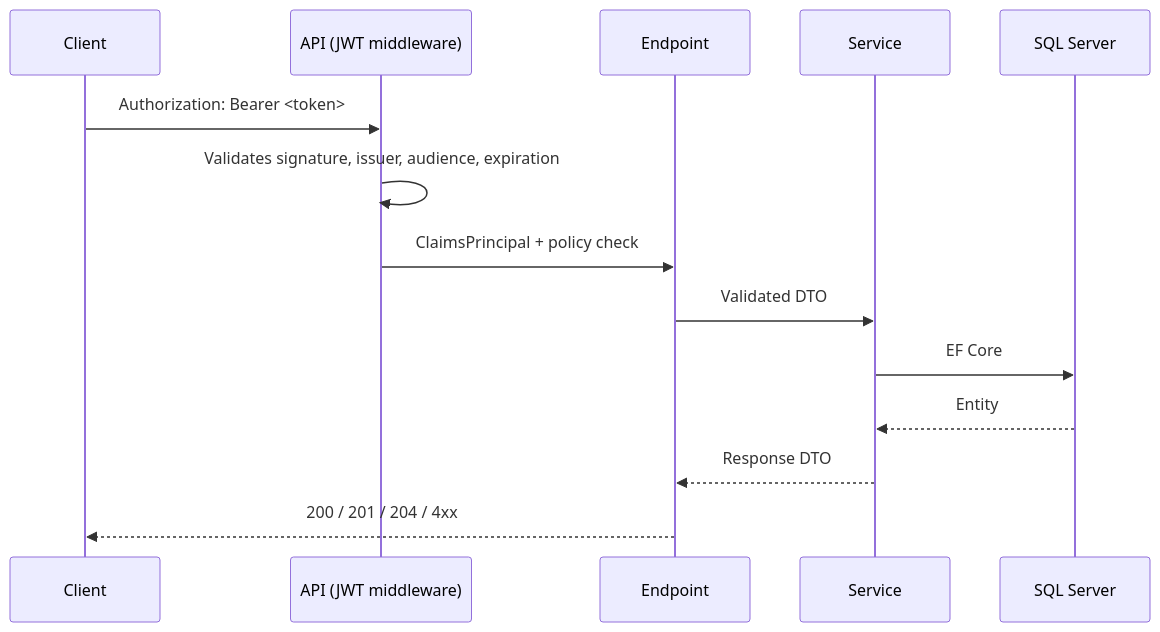
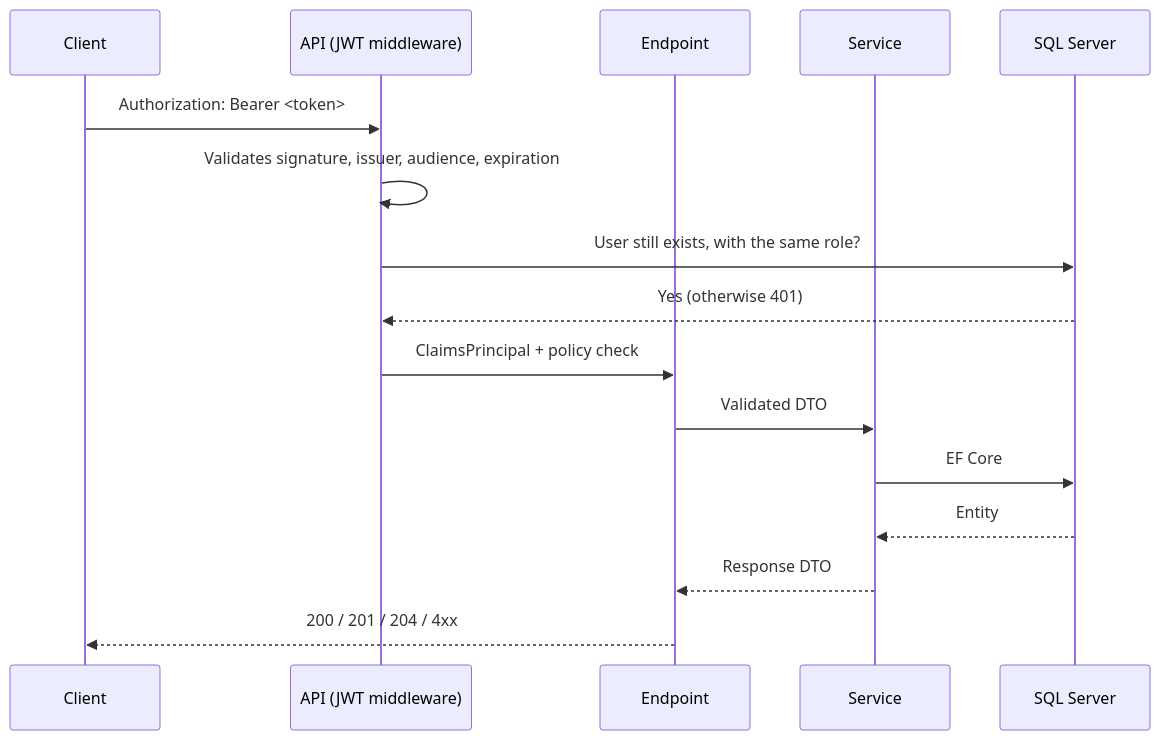
One commit to gcarvalhomain/Authdoc changed the first of 2 diagrams in README.md. Above: the diagram before and after it, drawn with Mermaid. The commit also changed other lines of this file and 4 other files, not shown here.

Commit message:
fix: reject the token of a deleted user or a changed role

````diff
--- a/README.md
+++ b/README.md
@@ -118,17 +118,19 @@
 ```mermaid
 sequenceDiagram
     participant C as Client
     participant A as API (JWT middleware)
     participant E as Endpoint
     participant S as Service
     participant D as SQL Server
 
     C->>A: Authorization: Bearer <token>
     A->>A: Validates signature, issuer, audience, expiration
+    A->>D: User still exists, with the same role?
+    D-->>A: Yes (otherwise 401)
     A->>E: ClaimsPrincipal + policy check
     E->>S: Validated DTO
     S->>D: EF Core
     D-->>S: Entity
     S-->>E: Response DTO
     E-->>C: 200 / 201 / 204 / 4xx
 ```
````
